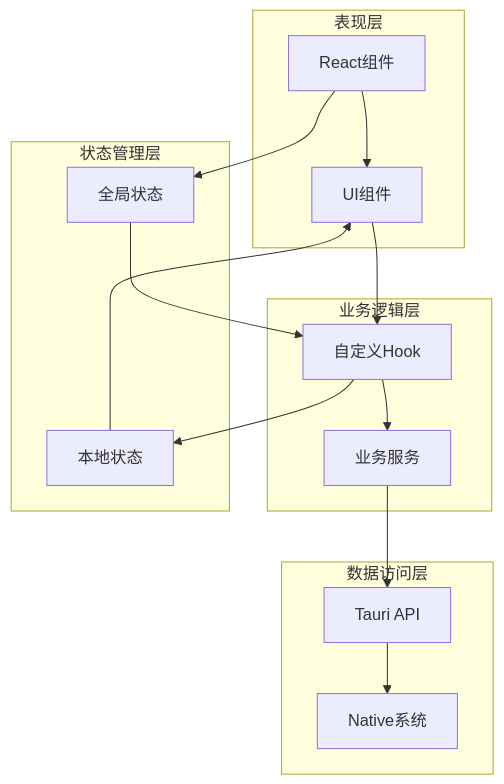
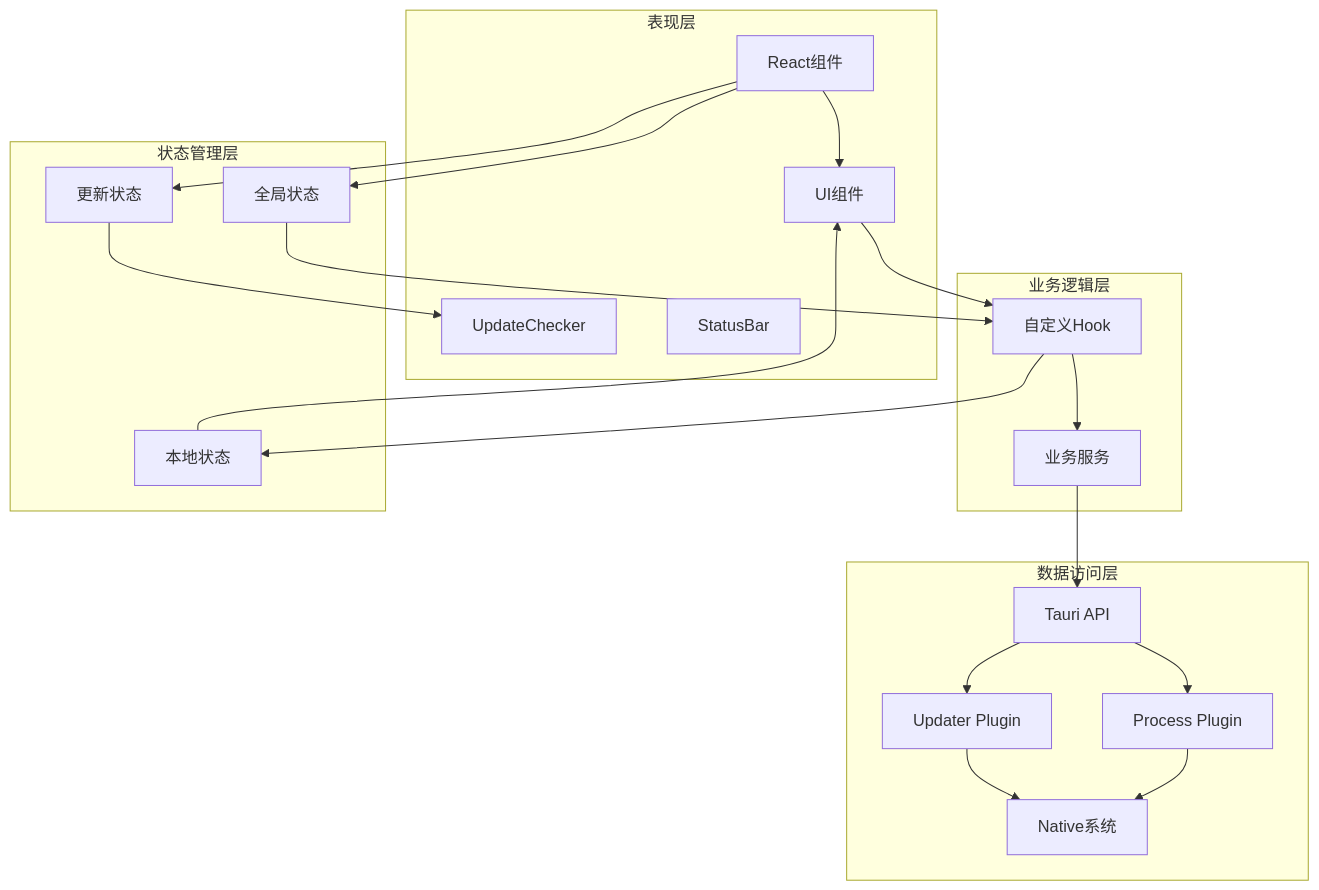
One commit to xdongliang/IPSwitcher changed the third of 19 diagrams in .qoder/repowiki/zh/content/前端开发指南/React组件架构.md. Above: the diagram before and after it, drawn with Mermaid. The commit also changed other lines of this file and 7 other files, not shown here.

````diff
--- a/.qoder/repowiki/zh/content/前端开发指南/React组件架构.md
+++ b/.qoder/repowiki/zh/content/前端开发指南/React组件架构.md
@@ -186,28 +235,38 @@
 ```mermaid
 graph TD
 subgraph "表现层"
 UI[React组件]
 Components[UI组件]
+UpdateChecker[UpdateChecker]
+StatusBar[StatusBar]
 end
 subgraph "业务逻辑层"
 Hooks[自定义Hook]
 Services[业务服务]
 end
 subgraph "数据访问层"
 TauriAPI[Tauri API]
+UpdaterPlugin[Updater Plugin]
+ProcessPlugin[Process Plugin]
 Native[Native系统]
 end
 subgraph "状态管理层"
 GlobalState[全局状态]
 LocalState[本地状态]
+UpdateState[更新状态]
 end
 UI --> Components
 Components --> Hooks
 Hooks --> Services
 Services --> TauriAPI
-TauriAPI --> Native
+TauriAPI --> UpdaterPlugin
+TauriAPI --> ProcessPlugin
+UpdaterPlugin --> Native
+ProcessPlugin --> Native
 UI --> GlobalState
+UI --> UpdateState
 Hooks --> LocalState
 GlobalState --> Hooks
 LocalState --> Components
+UpdateState --> UpdateChecker
 ```
````
